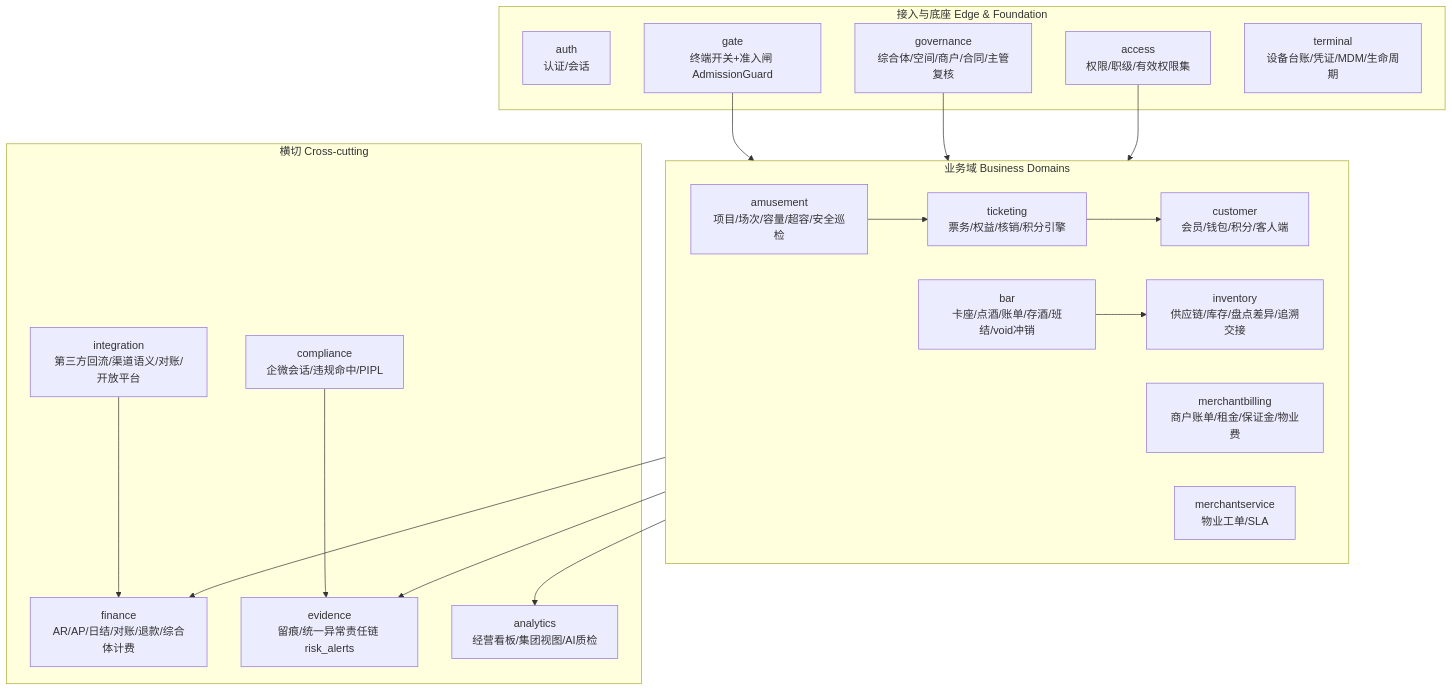
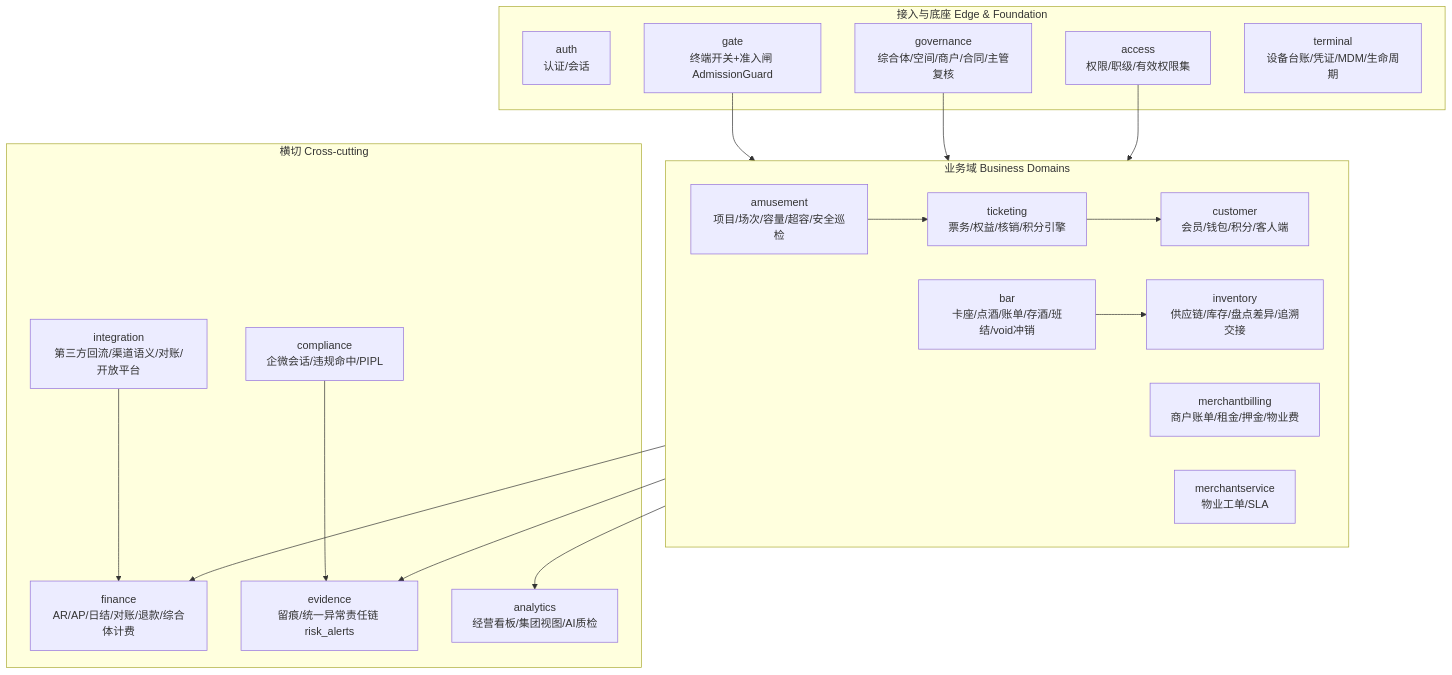
The second of 5 diagrams in docs/architecture-overview-v0.1.md (jxh1979/mall), drawn with Mermaid before and after one commit. The commit also changed 88 other files, not shown here.

````diff
--- a/docs/architecture-overview-v0.1.md
+++ b/docs/architecture-overview-v0.1.md
@@ -53,40 +53,40 @@
 ```mermaid
 graph TB
   subgraph Edge["接入与底座 Edge & Foundation"]
     AUTH["auth<br/>认证/会话"]
     GATE["gate<br/>终端开关+准入闸 AdmissionGuard"]
     ACCESS["access<br/>权限/职级/有效权限集"]
     GOV["governance<br/>综合体/空间/商户/合同/主管复核"]
     TERM["terminal<br/>设备台账/凭证/MDM/生命周期"]
   end
 
   subgraph Biz["业务域 Business Domains"]
     TKT["ticketing<br/>票务/权益/核销/积分引擎"]
     BAR["bar<br/>卡座/点酒/账单/存酒/班结/void冲销"]
     INV["inventory<br/>供应链/库存/盘点差异/追溯交接"]
     AMU["amusement<br/>项目/场次/容量/超容/安全巡检"]
     CUS["customer<br/>会员/钱包/积分/客人端"]
-    MB["merchantbilling<br/>商户账单/租金/保证金/物业费"]
+    MB["merchantbilling<br/>商户账单/租金/押金/物业费"]
     MS["merchantservice<br/>物业工单/SLA"]
   end
 
   subgraph Cross["横切 Cross-cutting"]
     FIN["finance<br/>AR/AP/日结/对账/退款/综合体计费"]
     EVID["evidence<br/>留痕/统一异常责任链 risk_alerts"]
     INTEG["integration<br/>第三方回流/渠道语义/对账/开放平台"]
     COMP["compliance<br/>企微会话/违规命中/PIPL"]
     ANA["analytics<br/>经营看板/集团视图/AI质检"]
   end
 
   GATE --> Biz
   GOV --> Biz
   ACCESS --> Biz
   Biz --> FIN
   Biz --> EVID
   Biz --> ANA
   INTEG --> FIN
   COMP --> EVID
   TKT --> CUS
   BAR --> INV
   AMU --> TKT
 ```
````
